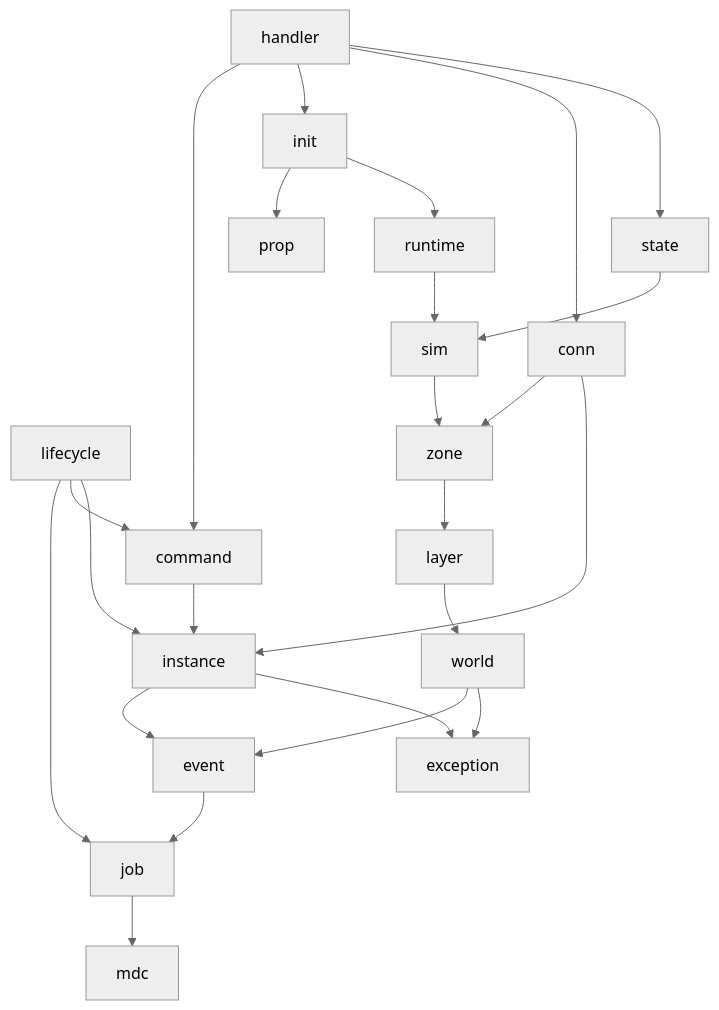
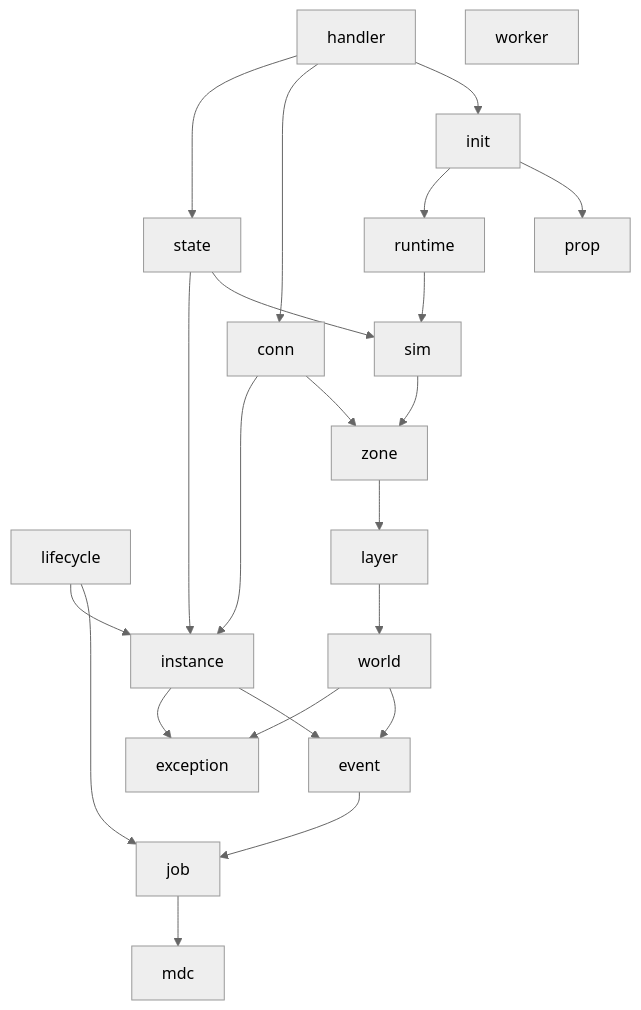
One commit to crionuke/omgcluster changed the diagram in MODULES.md. Above: the diagram before and after it, drawn with Mermaid (neutral theme). The commit also changed 3 other files, not shown here.

````diff
--- a/MODULES.md
+++ b/MODULES.md
@@ -1,39 +1,38 @@
 ```mermaid
 graph TD
     handler --> state
     handler --> conn
     handler --> init
-    handler --> command
 
     lifecycle --> instance
-    lifecycle --> command
     lifecycle --> job
 
     init --> runtime
     init --> prop
 
+    state --> instance
     state --> sim
 
     runtime --> sim
 
     conn --> instance
     conn --> zone
-
-    command --> instance
 
     sim --> zone
 
     zone --> layer
 
     layer --> world
 
     world --> exception
     world --> event
 
     instance --> exception
     instance --> event
 
     event --> job
 
     job --> mdc
+
+    worker
 ```
````
